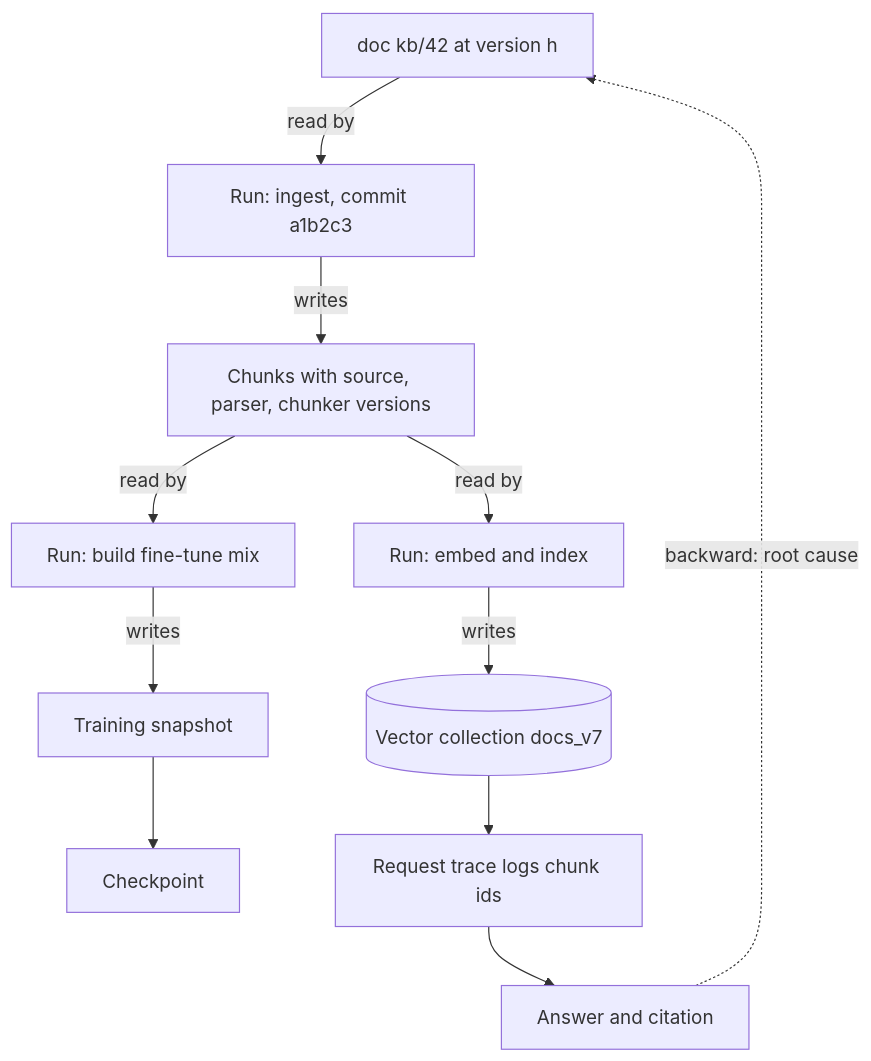
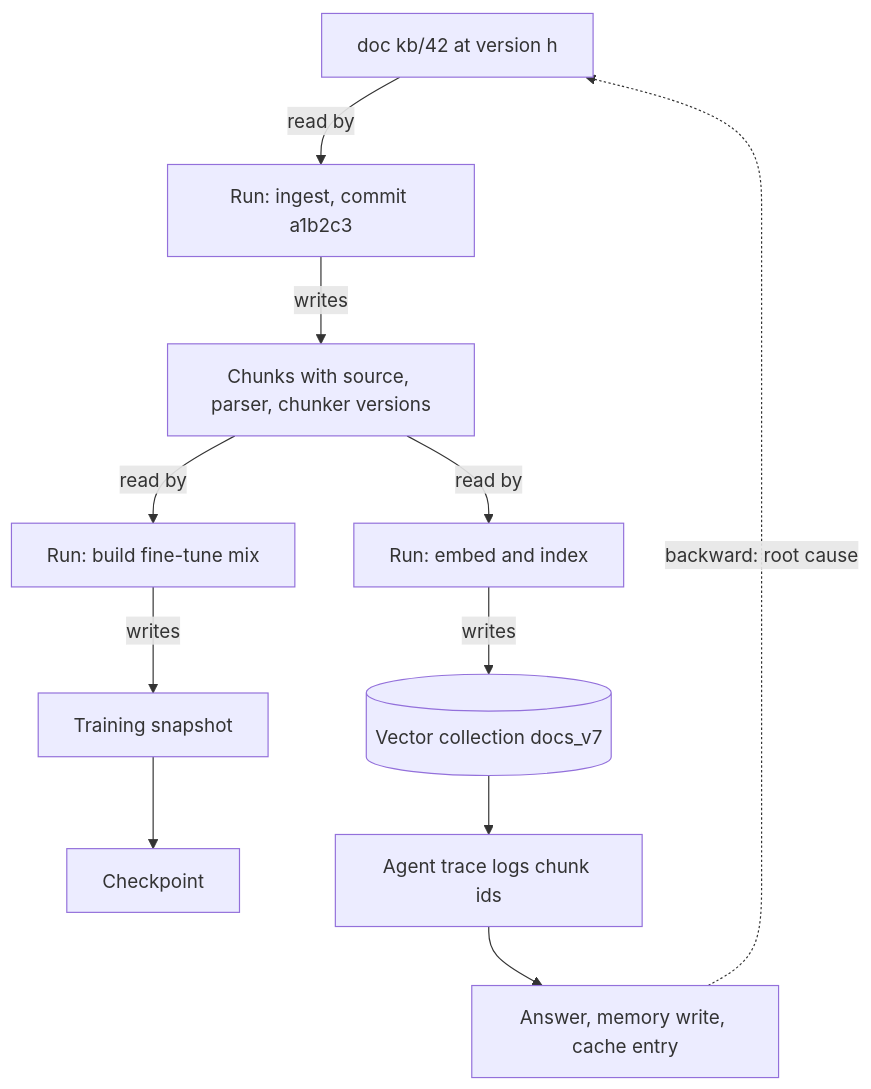
One commit to lovishmahajan97/agentic-learning changed the diagram in content/data-architecture/data-lineage.md. Above: the diagram before and after it, drawn with Mermaid. The commit also changed other lines of this file and 485 other files, not shown here.

````diff
--- a/content/data-architecture/data-lineage.md
+++ b/content/data-architecture/data-lineage.md
@@ -142,13 +160,13 @@
 ```mermaid
 flowchart TD
     D["doc kb/42 at version h"] -->|"read by"| R1["Run: ingest, commit a1b2c3"]
     R1 -->|"writes"| C["Chunks with source, parser, chunker versions"]
     C -->|"read by"| R2["Run: embed and index"]
     R2 -->|"writes"| V[("Vector collection docs_v7")]
     C -->|"read by"| R3["Run: build fine-tune mix"]
     R3 -->|"writes"| S["Training snapshot"]
     S --> M["Checkpoint"]
-    V --> T["Request trace logs chunk ids"]
-    T --> A["Answer and citation"]
+    V --> T["Agent trace logs chunk ids"]
+    T --> A["Answer, memory write, cache entry"]
     A -.->|"backward: root cause"| D
 ```
````
